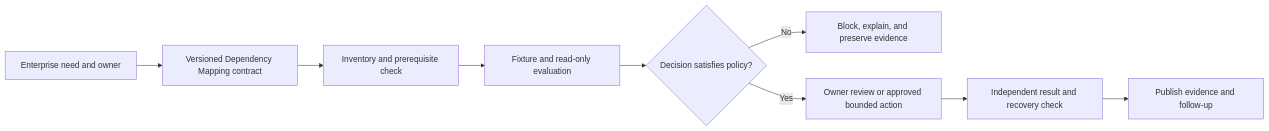
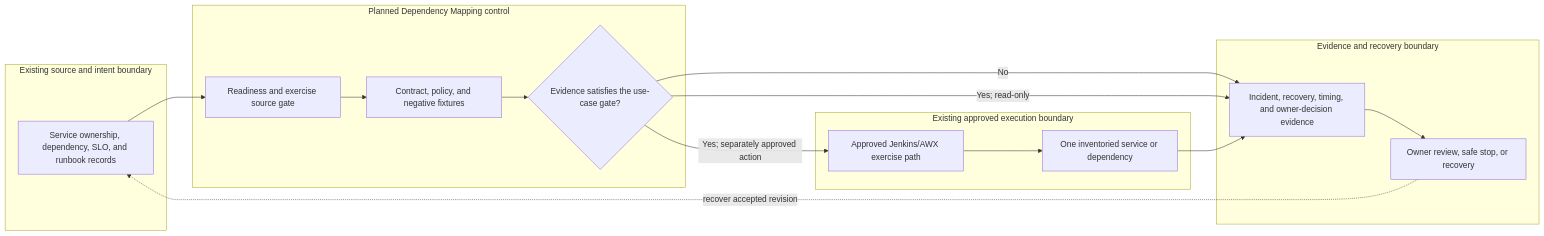
The diagram in docs/use-cases/resilience/UC-RSO-010-dependency-mapping.md (MIDHTECH/enterprise-architecture-docs), drawn with Mermaid before and after one commit. The commit also changed other lines of this file and 227 other files, not shown here.

Commit message:
Deepen architecture for all use case designs

````diff
--- a/docs/use-cases/resilience/UC-RSO-010-dependency-mapping.md
+++ b/docs/use-cases/resilience/UC-RSO-010-dependency-mapping.md
@@ -136,11 +129,25 @@
 ```mermaid
 flowchart LR
-    Need["Enterprise need and owner"] --> Contract["Versioned Dependency Mapping contract"]
-    Contract --> Preflight["Inventory and prerequisite check"]
-    Preflight --> Evaluate["Fixture and read-only evaluation"]
-    Evaluate --> Decision{"Decision satisfies policy?"}
-    Decision -->|No| Stop["Block, explain, and preserve evidence"]
-    Decision -->|Yes| Review["Owner review or approved bounded action"]
-    Review --> Verify["Independent result and recovery check"]
-    Verify --> Publish["Publish evidence and follow-up"]
+    subgraph Source["Existing source and intent boundary"]
+        A["Service ownership, dependency, SLO, and runbook records"]
+    end
+    subgraph Planned["Planned Dependency Mapping control"]
+        B["Readiness and exercise source gate"]
+        C["Contract, policy, and negative fixtures"]
+        D{"Evidence satisfies the use-case gate?"}
+    end
+    subgraph Runtime["Existing approved execution boundary"]
+        E["Approved Jenkins/AWX exercise path"]
+        F["One inventoried service or dependency"]
+    end
+    subgraph Assurance["Evidence and recovery boundary"]
+        G["Incident, recovery, timing, and owner-decision evidence"]
+        H["Owner review, safe stop, or recovery"]
+    end
+
+    A --> B --> C --> D
+    D -->|No| G --> H
+    D -->|Yes; read-only| G
+    D -->|Yes; separately approved action| E --> F --> G
+    H -. recover accepted revision .-> A
 ```
````
